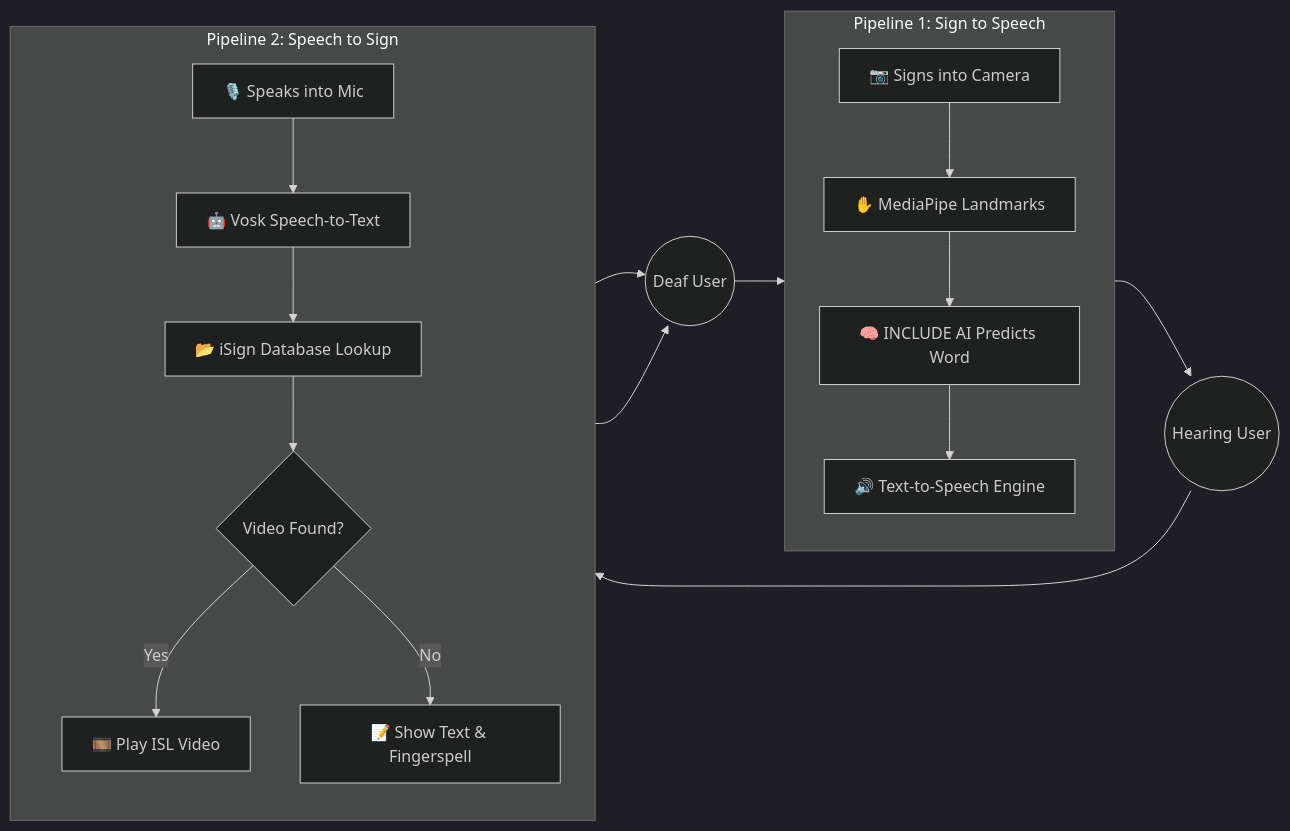
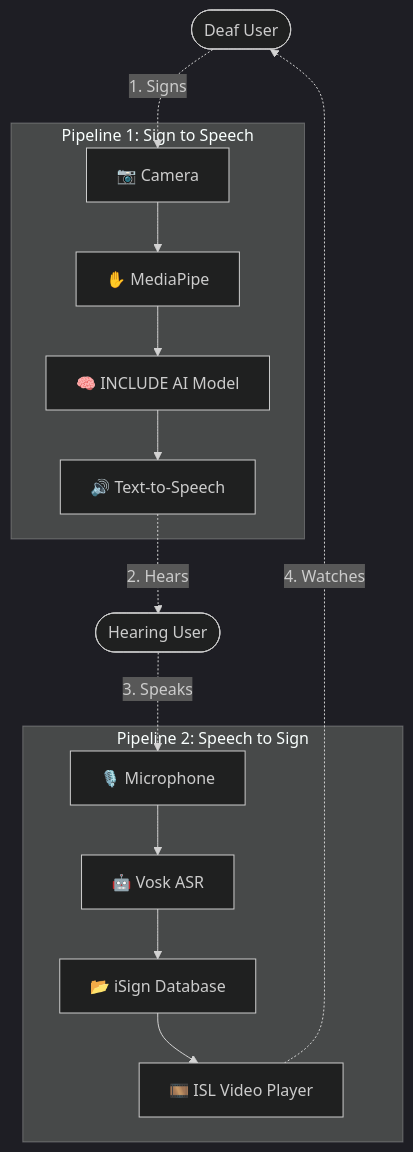
One commit to Dovieee30/VAANI changed the diagram in README.md. Above: the diagram before and after it, drawn with Mermaid (dark theme).

Commit message:
Update to clean parallel grid flowchart

````diff
--- a/README.md
+++ b/README.md
@@ -19,30 +19,24 @@
 ```mermaid
-graph LR
-    DeafUser((Deaf User))
-    HearingUser((Hearing User))
+flowchart TD
+    DeafUser([Deaf User])
+    HearingUser([Hearing User])
 
-    subgraph Pipeline1 [Pipeline 1: Sign to Speech]
-        direction TB
-        P1_Cam[📷 Signs into Camera] --> P1_MP[✋ MediaPipe Landmarks]
-        P1_MP --> P1_AI[🧠 INCLUDE AI Predicts Word]
-        P1_AI --> P1_TTS[🔊 Text-to-Speech Engine]
+    subgraph Pipeline 1: Sign to Speech
+        Cam[📷 Camera] --> MP[✋ MediaPipe]
+        MP --> Include[🧠 INCLUDE AI Model]
+        Include --> TTS[🔊 Text-to-Speech]
     end
 
-    subgraph Pipeline2 [Pipeline 2: Speech to Sign]
-        direction TB
-        P2_Mic[🎙️ Speaks into Mic] --> P2_ASR[🤖 Vosk Speech-to-Text]
-        P2_ASR --> P2_DB[📂 iSign Database Lookup]
-        P2_DB --> P2_Dec{Video Found?}
-        P2_Dec -->|Yes| P2_Play[🎞️ Play ISL Video]
-        P2_Dec -->|No| P2_Text[📝 Show Text & Fingerspell]
+    subgraph Pipeline 2: Speech to Sign
+        Mic[🎙️ Microphone] --> Vosk[🤖 Vosk ASR]
+        Vosk --> DB[📂 iSign Database]
+        DB --> Video[🎞️ ISL Video Player]
     end
 
-    %% Flow 1 (Left to Right)
-    DeafUser --> P1_Cam
-    P1_TTS --> HearingUser
+    %% Connect Users to Pipelines
+    DeafUser -.->|"1. Signs"| Cam
+    TTS -.->|"2. Hears"| HearingUser
 
-    %% Flow 2 (Right to Left)
-    HearingUser --> P2_Mic
-    P2_Play --> DeafUser
-    P2_Text --> DeafUser
+    HearingUser -.->|"3. Speaks"| Mic
+    Video -.->|"4. Watches"| DeafUser
 ```
````
